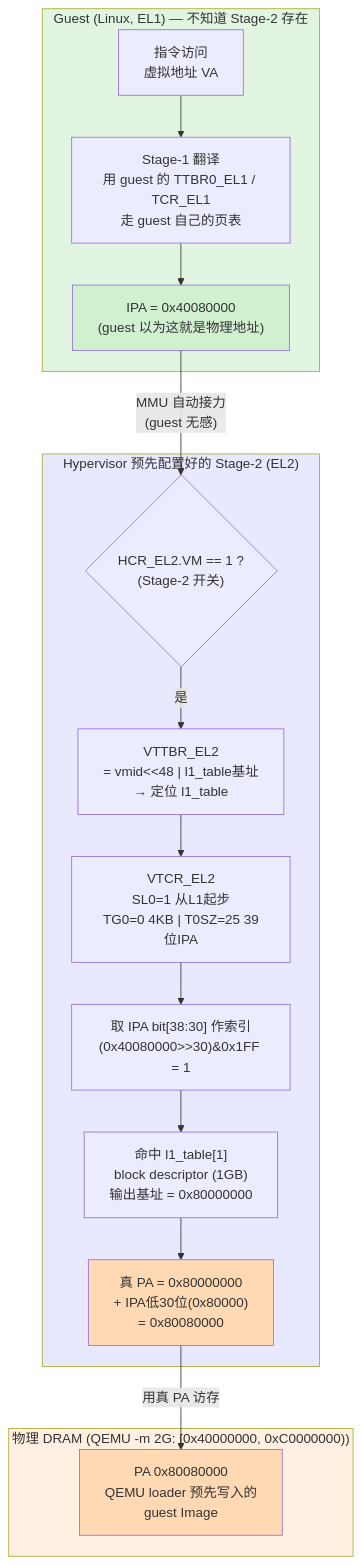
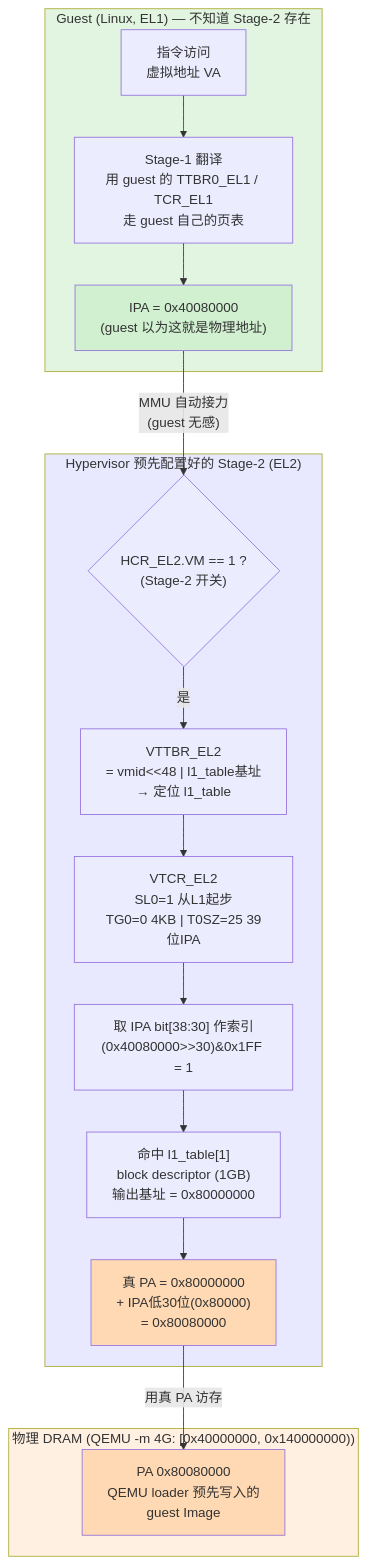
Before and after one commit to James7zy/hypervisor: the second of 2 diagrams in docs/reference/arm/stage2.md, drawn with Mermaid. The commit also changed other lines of this file and 14 other files, not shown here.

First line of the commit message:
[docs][docs] architecture: Refresh guidance after boundary extraction

````diff
--- a/docs/reference/arm/stage2.md
+++ b/docs/reference/arm/stage2.md
@@ -306,33 +298,33 @@
 ```mermaid
 flowchart TD
     subgraph G["Guest (Linux, EL1) — 不知道 Stage-2 存在"]
         VA["指令访问<br/>虚拟地址 VA"]
         S1["Stage-1 翻译<br/>用 guest 的 TTBR0_EL1 / TCR_EL1<br/>走 guest 自己的页表"]
         IPA["IPA = 0x40080000<br/>(guest 以为这就是物理地址)"]
         VA --> S1 --> IPA
     end
 
     subgraph H["Hypervisor 预先配置好的 Stage-2 (EL2)"]
         HCR{"HCR_EL2.VM == 1 ?<br/>(Stage-2 开关)"}
         VTTBR["VTTBR_EL2<br/>= vmid&lt;&lt;48 | l1_table基址<br/>→ 定位 l1_table"]
         VTCR["VTCR_EL2<br/>SL0=1 从L1起步<br/>TG0=0 4KB | T0SZ=25 39位IPA"]
         IDX["取 IPA bit[38:30] 作索引<br/>(0x40080000&gt;&gt;30)&amp;0x1FF = 1"]
         L1E["命中 l1_table[1]<br/>block descriptor (1GB)<br/>输出基址 = 0x80000000"]
         CALC["真 PA = 0x80000000<br/>+ IPA低30位(0x80000)<br/>= 0x80080000"]
         HCR -->|是| VTTBR --> VTCR --> IDX --> L1E --> CALC
     end
 
-    subgraph P["物理 DRAM (QEMU -m 2G: [0x40000000, 0xC0000000))"]
+    subgraph P["物理 DRAM (QEMU -m 4G: [0x40000000, 0x140000000))"]
         MEM["PA 0x80080000<br/>QEMU loader 预先写入的<br/>guest Image"]
     end
 
     IPA -->|"MMU 自动接力<br/>(guest 无感)"| HCR
     CALC -->|"用真 PA 访存"| MEM
 
     style G fill:#e1f5e1
     style H fill:#e8e8ff
     style P fill:#fff0e1
     style IPA fill:#d0f0d0
     style CALC fill:#ffd9b3
     style MEM fill:#ffd9b3
 ```
````
